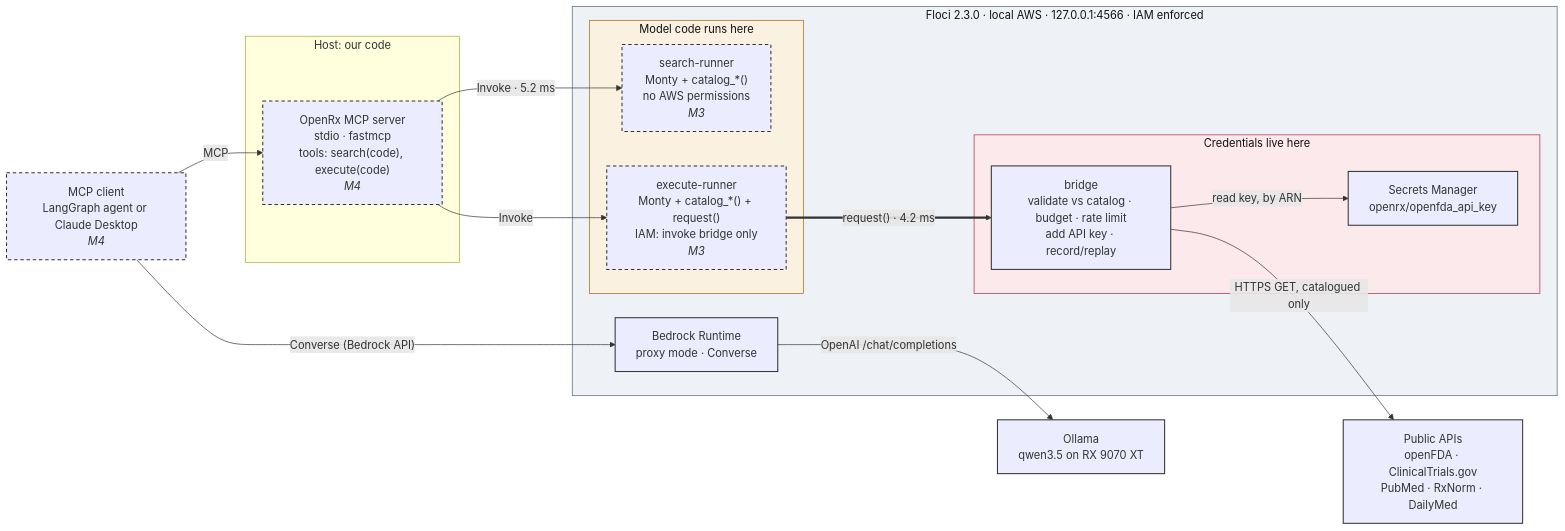
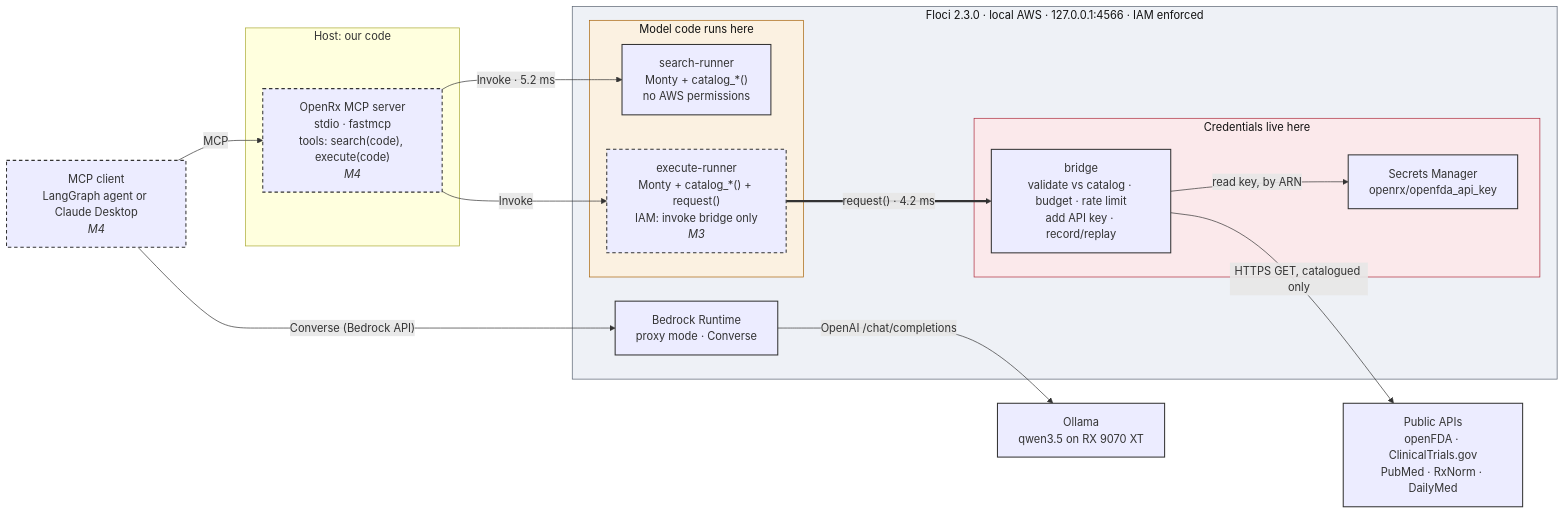
One commit to pratyushmohit/openrx changed the first of 3 diagrams in docs/architecture.md. Above: the diagram before and after it, drawn with Mermaid. The commit also changed other lines of this file and 9 other files, not shown here.

````diff
--- a/docs/architecture.md
+++ b/docs/architecture.md
@@ -18,40 +18,40 @@
 ```mermaid
 flowchart LR
   client["MCP client<br/>LangGraph agent or Claude Desktop<br/><i>M4</i>"]
   ollama["Ollama<br/>qwen3.5 on RX 9070 XT"]
 
   subgraph host["Host: our code"]
     server["OpenRx MCP server<br/>stdio · fastmcp<br/>tools: search(code), execute(code)<br/><i>M4</i>"]
   end
 
   subgraph floci["Floci 2.3.0 · local AWS · 127.0.0.1:4566 · IAM enforced"]
     subgraph sandbox["Model code runs here"]
-      search["search-runner<br/>Monty + catalog_*()<br/>no AWS permissions<br/><i>M3</i>"]
+      search["search-runner<br/>Monty + catalog_*()<br/>no AWS permissions"]
       execute["execute-runner<br/>Monty + catalog_*() + request()<br/>IAM: invoke bridge only<br/><i>M3</i>"]
     end
     subgraph creds["Credentials live here"]
       bridge["bridge<br/>validate vs catalog · budget · rate limit<br/>add API key · record/replay"]
       secrets["Secrets Manager<br/>openrx/openfda_api_key"]
     end
     bedrock["Bedrock Runtime<br/>proxy mode · Converse"]
   end
 
   apis["Public APIs<br/>openFDA · ClinicalTrials.gov<br/>PubMed · RxNorm · DailyMed"]
 
   client -- "MCP" --> server
   server -- "Invoke · 5.2 ms" --> search
   server -- "Invoke" --> execute
   execute == "request() · 4.2 ms" ==> bridge
   bridge -- "read key, by ARN" --> secrets
   bridge -- "HTTPS GET, catalogued only" --> apis
   client -- "Converse (Bedrock API)" --> bedrock
   bedrock -- "OpenAI /chat/completions" --> ollama
 
   classDef built stroke:#333,stroke-width:1.5px
   classDef planned stroke:#333,stroke-width:1.5px,stroke-dasharray:5 4
-  class secrets,bedrock,ollama,apis,bridge built
-  class client,server,search,execute planned
+  class secrets,bedrock,ollama,apis,bridge,search built
+  class client,server,execute planned
   style sandbox fill:#fbf1e1,stroke:#a8640a,color:#111
   style creds fill:#fbe9eb,stroke:#ad2a3c,color:#111
   style floci fill:#eef1f6,stroke:#586170,color:#111
 ```
````
